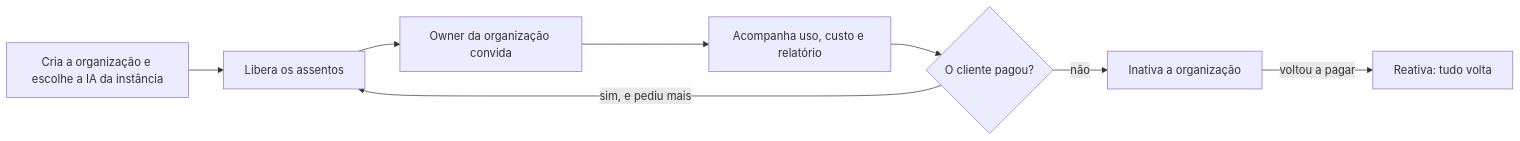
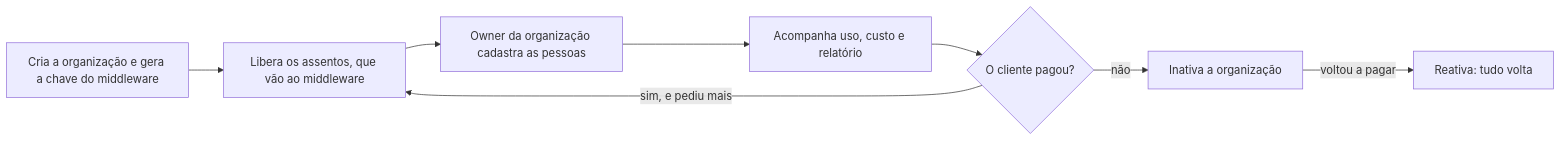
One commit to fabioabr/horus-v2-docs changed the diagram in docs/leitura/mfs/mf-101-administracao-da-instancia.md. Above: the diagram before and after it, drawn with Mermaid. The commit also changed other lines of this file and 49 other files, not shown here.

````diff
--- a/docs/leitura/mfs/mf-101-administracao-da-instancia.md
+++ b/docs/leitura/mfs/mf-101-administracao-da-instancia.md
@@ -114,10 +124,10 @@
 ```mermaid
 flowchart LR
-  a[Cria a organização e escolhe a IA da instância] --> b[Libera os assentos]
-  b --> c[Owner da organização convida]
+  a[Cria a organização e gera a chave do middleware] --> b[Libera os assentos, que vão ao middleware]
+  b --> c[Owner da organização cadastra as pessoas]
   c --> d[Acompanha uso, custo e relatório]
   d --> e{O cliente pagou?}
   e -->|sim, e pediu mais| b
   e -->|não| f[Inativa a organização]
   f -->|voltou a pagar| g[Reativa: tudo volta]
 ```
````
